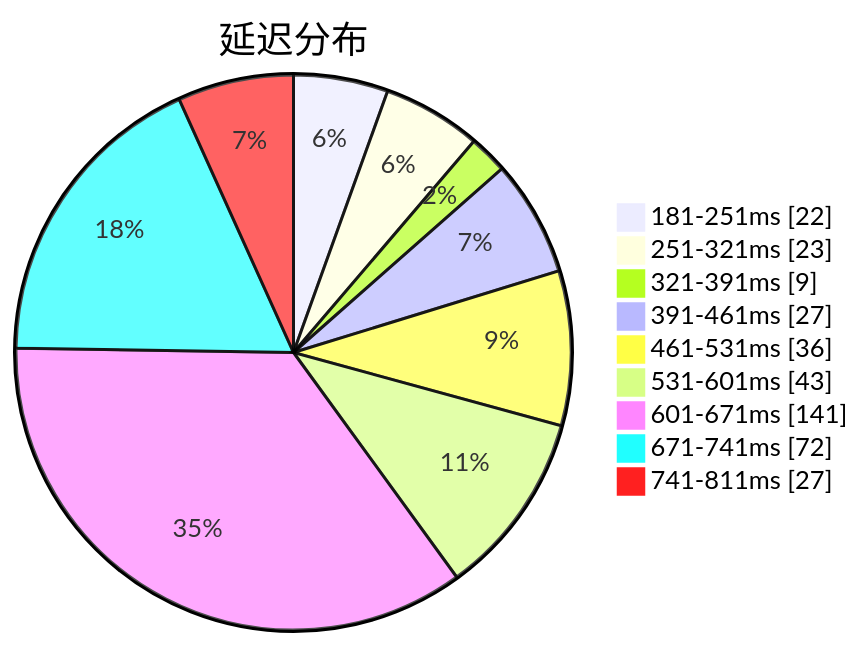
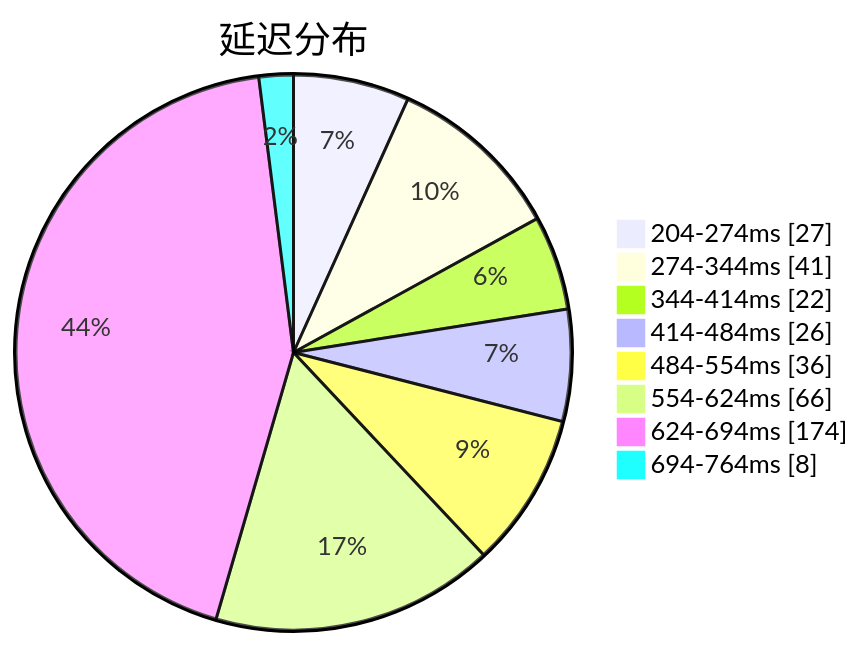
Before and after one commit to qjlxg/airport: the first of 3 diagrams in subs/statistics/tested_within.md, drawn with Mermaid. The commit also changed other lines of this file and 2 other files, not shown here.

````diff
--- a/subs/statistics/tested_within.md
+++ b/subs/statistics/tested_within.md
@@ -2,13 +2,12 @@
 ```mermaid
 pie showData
 title 延迟分布
-"181-251ms" : 22
-"251-321ms" : 23
-"321-391ms" : 9
-"391-461ms" : 27
-"461-531ms" : 36
-"531-601ms" : 43
-"601-671ms" : 141
-"671-741ms" : 72
-"741-811ms" : 27
+"204-274ms" : 27
+"274-344ms" : 41
+"344-414ms" : 22
+"414-484ms" : 26
+"484-554ms" : 36
+"554-624ms" : 66
+"624-694ms" : 174
+"694-764ms" : 8
 ```
````
